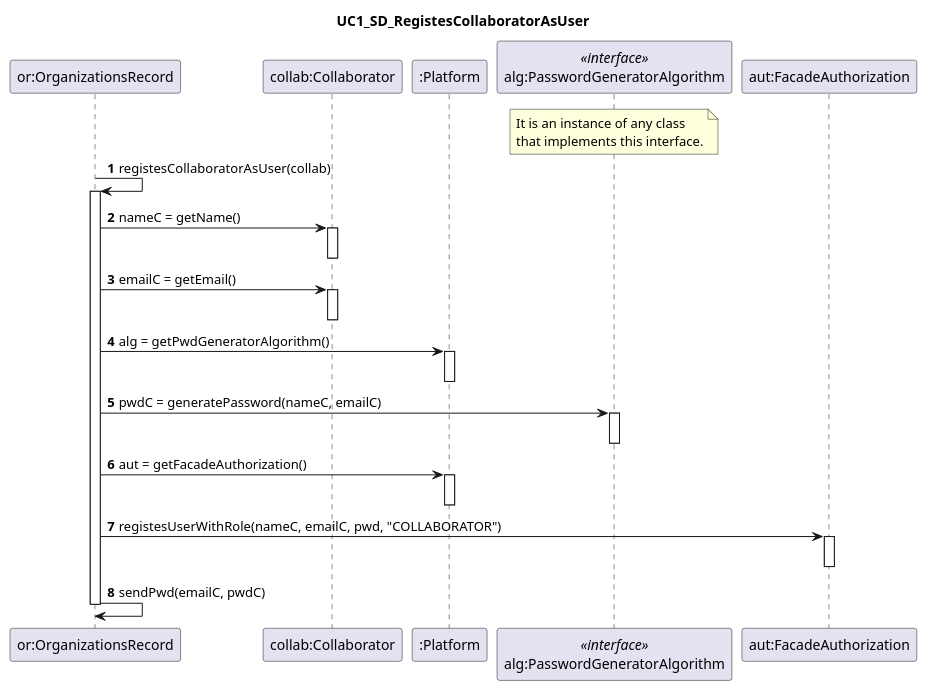
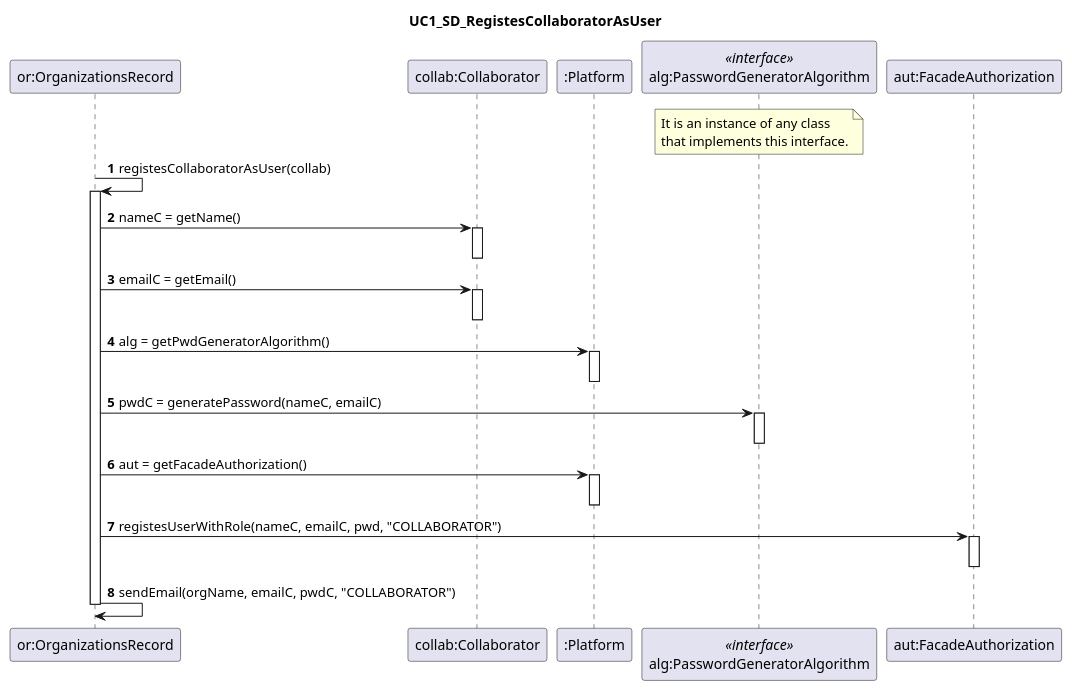
Before and after one commit to pedrolemos4/LAPR2: the diagram in docs/UC7 - Add New Organization/UC7_SD_COLLAB.puml, drawn with PlantUML. The commit also changed 8 other files, not shown here.

```diff
--- a/docs/UC7 - Add New Organization/UC7_SD_COLLAB.puml
+++ b/docs/UC7 - Add New Organization/UC7_SD_COLLAB.puml
@@ -1,47 +1,47 @@
 @startuml
 title UC1_SD_RegistesCollaboratorAsUser
 autonumber
 
 participant "or:OrganizationsRecord" as ORGS
 participant "collab:Collaborator" as COLLAB
 participant ":Platform" as PLAT
 participant "alg:PasswordGeneratorAlgorithm" as ALG << interface >>
 participant "aut:FacadeAuthorization" as AUT
 
 note over of ALG
 It is an instance of any class 
 that implements this interface.
 end note
 
 ORGS -> ORGS: registesCollaboratorAsUser(collab)
 activate ORGS
 
 ORGS -> COLLAB: nameC = getName()
 activate COLLAB
 deactivate COLLAB
 ORGS -> COLLAB: emailC = getEmail()
 activate COLLAB
 deactivate COLLAB
 
 ORGS -> PLAT : alg = getPwdGeneratorAlgorithm()
 activate PLAT
 deactivate PLAT
 
 ORGS -> ALG: pwdC = generatePassword(nameC, emailC)
 activate ALG
 deactivate ALG
 
 ORGS -> PLAT : aut = getFacadeAuthorization()
 activate PLAT
 deactivate PLAT
 
 ORGS -> AUT: registesUserWithRole(nameC, emailC, pwd, "COLLABORATOR")
 activate AUT
 deactivate AUT
 
 
-ORGS -> ORGS: sendPwd(emailC, pwdC)
+ORGS -> ORGS: sendEmail(orgName, emailC, pwdC, "COLLABORATOR")
 deactivate ORGS
 
 deactivate ORGS
 @enduml
```
